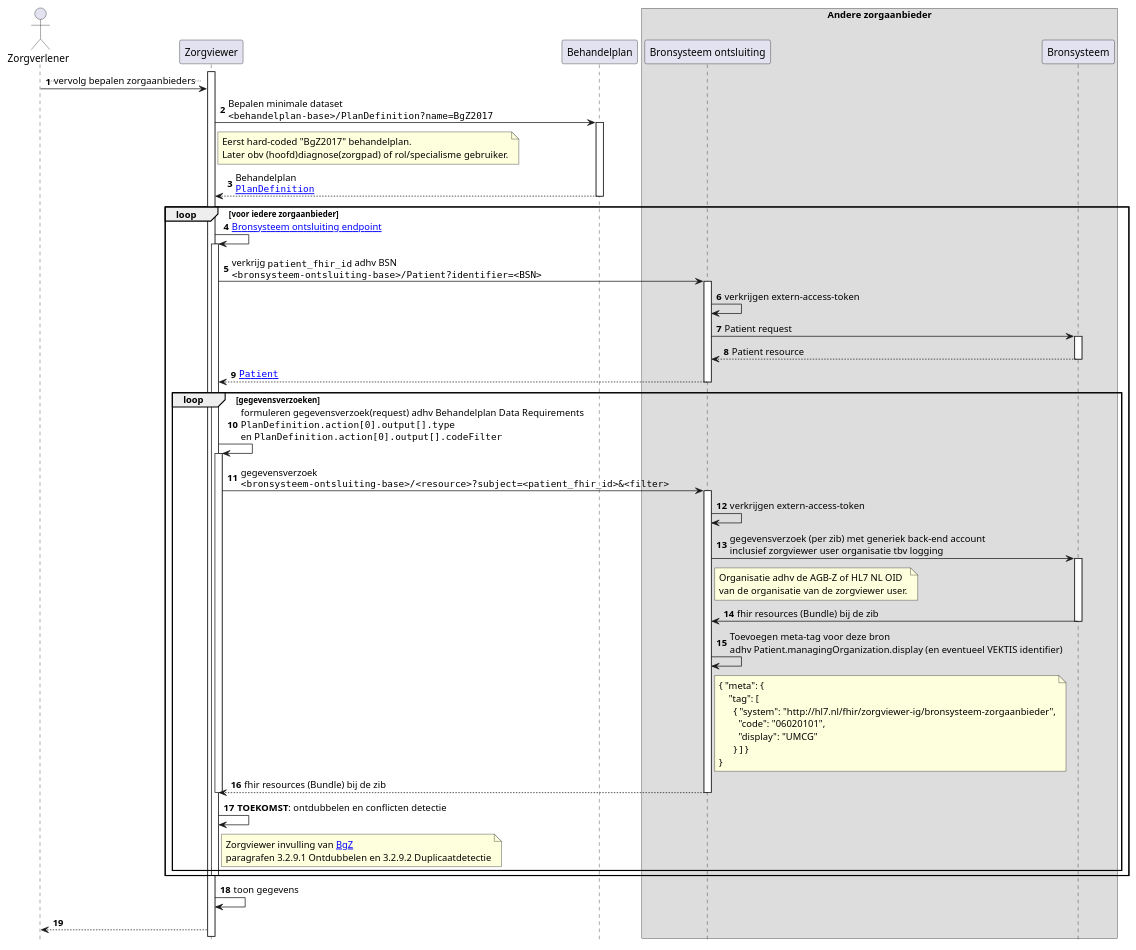
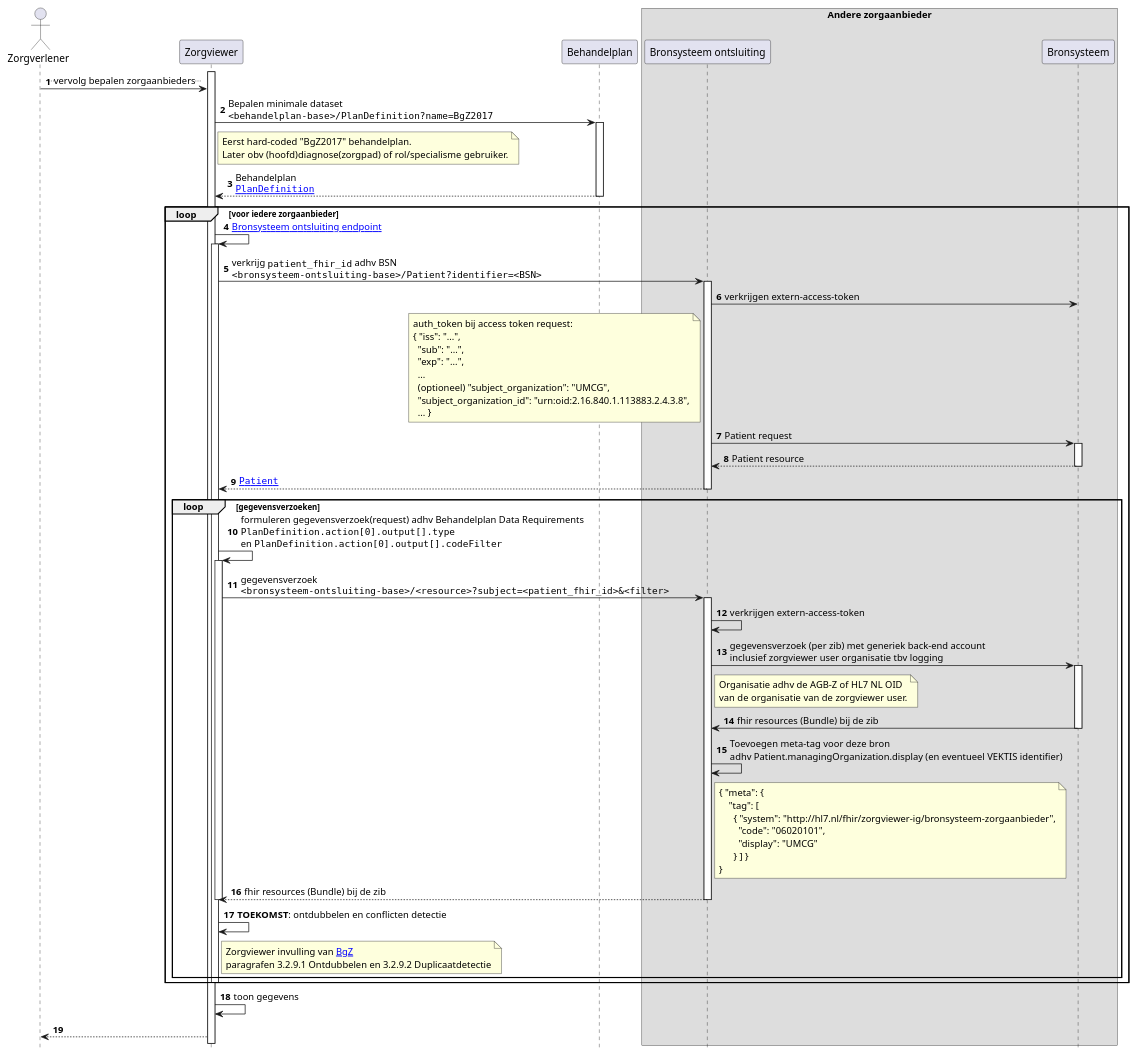
Before and after one commit to RIVO-Noord/zorgviewer-ig: the diagram in input/images-source/Zorgviewer-seq-3.plantuml, drawn with PlantUML. The commit also changed 4 other files, not shown here.

Commit message:
Verkrijgen extern token

```diff
--- a/input/images-source/Zorgviewer-seq-3.plantuml
+++ b/input/images-source/Zorgviewer-seq-3.plantuml
@@ -1,74 +1,84 @@
 @startuml
 hide footbox
 autonumber
 
 actor Zorgverlener
 participant Zorgviewer
 participant Behandelplan
 box "Andere zorgaanbieder"
 participant "Bronsysteem ontsluiting" as Bron
 participant Bronsysteem
 end box
 
 activate Zorgviewer
 Zorgverlener->Zorgviewer: ..vervolg bepalen zorgaanbieders..
 Zorgviewer->Behandelplan: Bepalen minimale dataset\n""<behandelplan-base>/PlanDefinition?name=BgZ2017""
 note right Zorgviewer
   Eerst hard-coded "BgZ2017" behandelplan.
   Later obv (hoofd)diagnose(zorgpad) of rol/specialisme gebruiker.
 end note
 activate Behandelplan
 Behandelplan-->Zorgviewer: Behandelplan\n""[[StructureDefinition-PlanDefinition.html PlanDefinition]]""
 deactivate Behandelplan
 loop voor iedere zorgaanbieder
   Zorgviewer->Zorgviewer: [[Endpoint-UMCG.html Bronsysteem ontsluiting endpoint]]
   activate Zorgviewer
   Zorgviewer->Bron : verkrijg ""patient_fhir_id"" adhv BSN\n""<bronsysteem-ontsluiting-base>/Patient?identifier=<BSN>""
   activate Bron
-  Bron->Bron : verkrijgen extern-access-token
+  Bron->Bronsysteem : verkrijgen extern-access-token
+  note left Bron
+    auth_token bij access token request:
+    { "iss": "...",
+      "sub": "...",
+      "exp": "...",
+      ...
+      (optioneel) "subject_organization": "UMCG",
+      "subject_organization_id": "urn:oid:2.16.840.1.113883.2.4.3.8",
+      ... }
+  end note
   Bron->Bronsysteem : Patient request
   activate Bronsysteem
   Bronsysteem-->Bron : Patient resource
   deactivate Bronsysteem
   Bron-->Zorgviewer : ""[[StructureDefinition-Patient.html Patient]]""
   deactivate Bron
   loop gegevensverzoeken
     Zorgviewer->Zorgviewer: formuleren gegevensverzoek(request) adhv Behandelplan Data Requirements\n""PlanDefinition.action[0].output[].type""\nen ""PlanDefinition.action[0].output[].codeFilter""
     activate Zorgviewer
     Zorgviewer->Bron: gegevensverzoek\n""<bronsysteem-ontsluiting-base>/<resource>?subject=<patient_fhir_id>&<filter>""
     activate Bron
     Bron->Bron : verkrijgen extern-access-token
     Bron->Bronsysteem : gegevensverzoek (per zib) met generiek back-end account\ninclusief zorgviewer user organisatie tbv logging
     note right Bron
 Organisatie adhv de AGB-Z of HL7 NL OID 
 van de organisatie van de zorgviewer user.
     end note
     activate Bronsysteem
     Bronsysteem->Bron: fhir resources (Bundle) bij de zib
     deactivate Bronsysteem
     Bron->Bron: Toevoegen meta-tag voor deze bron\nadhv Patient.managingOrganization.display (en eventueel VEKTIS identifier)
     note right Bron
 { "meta": {
     "tag": [
       { "system": "http://hl7.nl/fhir/zorgviewer-ig/bronsysteem-zorgaanbieder",
         "code": "06020101",
         "display": "UMCG"
       } ] }
 }
     end note
     Bron-->Zorgviewer: fhir resources (Bundle) bij de zib
     deactivate Bron
     deactivate Zorgviewer
     Zorgviewer->Zorgviewer: **TOEKOMST**: ontdubbelen en conflicten detectie
     note right of Zorgviewer
       Zorgviewer invulling van [[https://informatiestandaarden.nictiz.nl/wiki/BgZ:V1.0_BgZ_MSZ_Informatiestandaard BgZ]] 
       paragrafen 3.2.9.1 Ontdubbelen en 3.2.9.2 Duplicaatdetectie
     end note
   end
   deactivate Zorgviewer
 end
 
 Zorgviewer->Zorgviewer: toon gegevens
 Zorgviewer-->Zorgverlener
 
 @enduml
```
